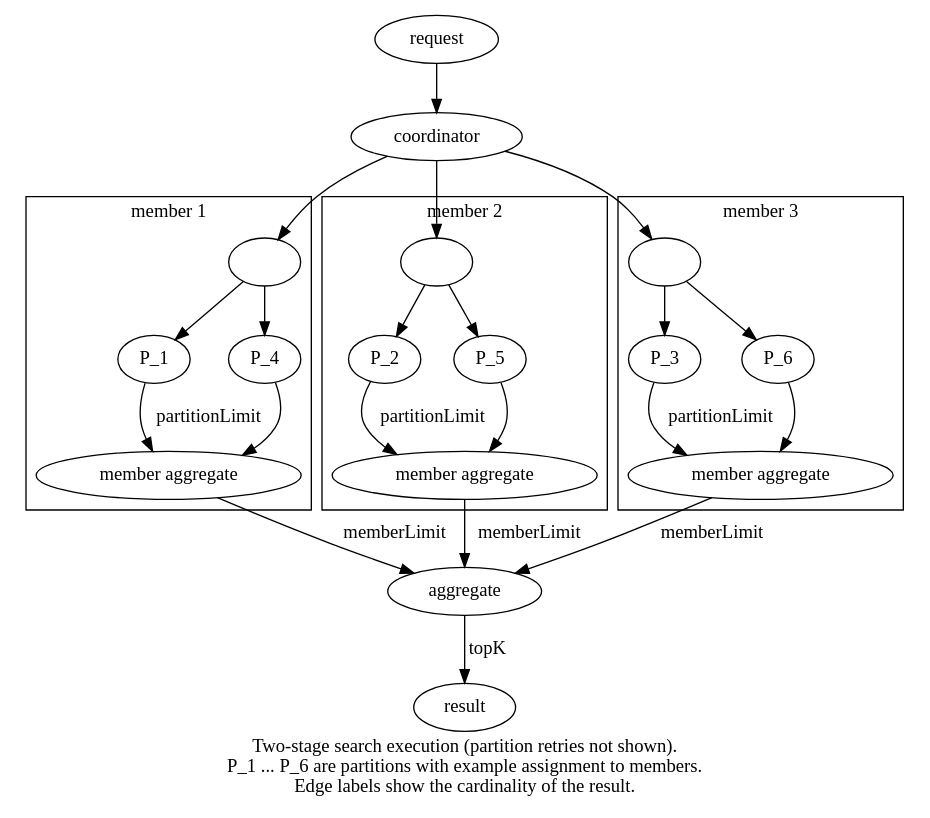
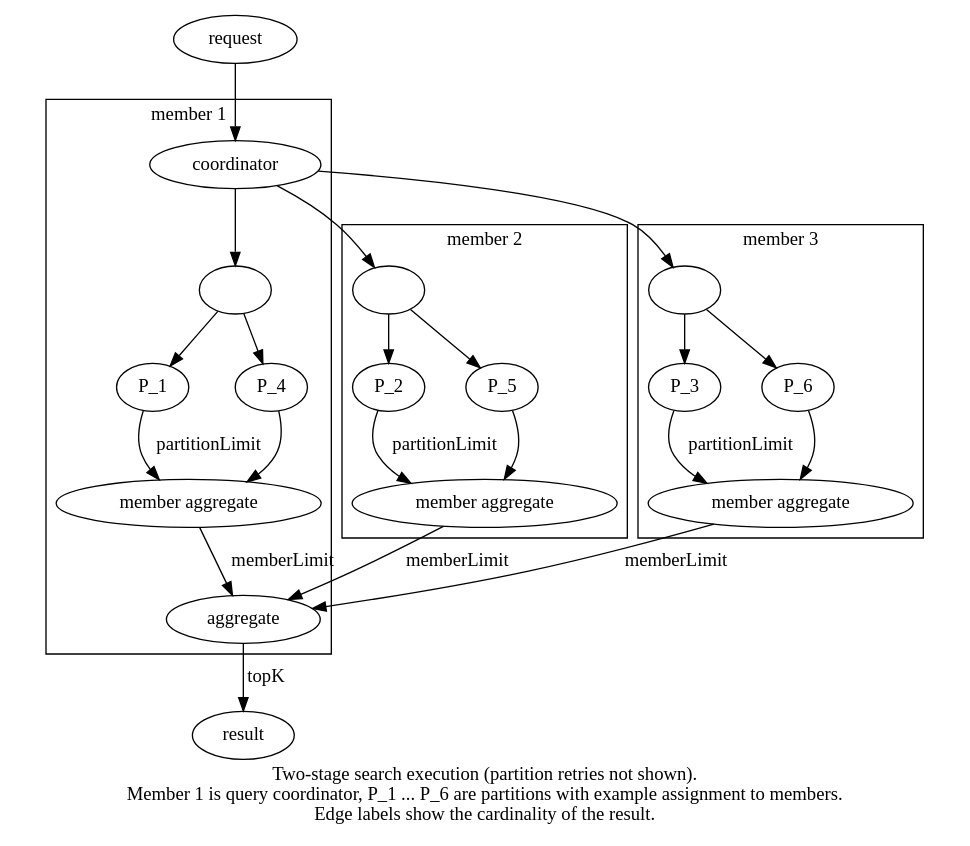
One commit to hazelcast/hz-docs changed the first of 2 diagrams in docs/modules/architecture/pages/vector-search-overview.adoc. Above: the diagram before and after it, drawn with Graphviz. The commit also changed other lines of this file, not shown here.

Commit message:
Describe impact, improve search algorithm diagrams

```diff
--- a/docs/modules/architecture/pages/vector-search-overview.adoc
+++ b/docs/modules/architecture/pages/vector-search-overview.adoc
@@ -91,53 +94,55 @@
 [graphviz]
 ....
 digraph twoStageSearch {
   subgraph cluster_M_1 {
+    coordinator;
     M_1 [label=""];
     M_1_aggregate [label="member aggregate"];
 
     M_1 -> P_1;
     P_1 -> M_1_aggregate [label="partitionLimit"];
     M_1 -> P_4;
     P_4 -> M_1_aggregate; // [label="partitionLimit"];
 
+    aggregate;
     label = "member 1";
   }
 
   subgraph cluster_M_2 {
     M_2 [label=""];
     M_2_aggregate [label="member aggregate"];
 
     M_2 -> P_2;
     P_2 -> M_2_aggregate [label="partitionLimit"];
     M_2 -> P_5;
     P_5 -> M_2_aggregate; // [label="partitionLimit"];
 
     label = "member 2";
   }
 
   subgraph cluster_M_3 {
     M_3 [label=""];
     M_3_aggregate [label="member aggregate"];
 
     M_3 -> P_3;
     P_3 -> M_3_aggregate [label="partitionLimit"];
     M_3 -> P_6;
     P_6 -> M_3_aggregate; // [label="partitionLimit"];
 
     label = "member 3";
   }
 
   request -> coordinator;
 
   coordinator -> M_1;
   M_1_aggregate -> aggregate [label="memberLimit"];
   coordinator -> M_2;
   M_2_aggregate -> aggregate [label="memberLimit"];
   coordinator -> M_3;
   M_3_aggregate -> aggregate [label="memberLimit"];
 
   aggregate -> result [label="topK"];
 
-  label="Two-stage search execution (partition retries not shown).\nP_1 ... P_6 are partitions with example assignment to members.\nEdge labels show the cardinality of the result.";
+  label="Two-stage search execution (partition retries not shown).\nMember 1 is query coordinator, P_1 ... P_6 are partitions with example assignment to members.\nEdge labels show the cardinality of the result.";
 }
 ....
```
